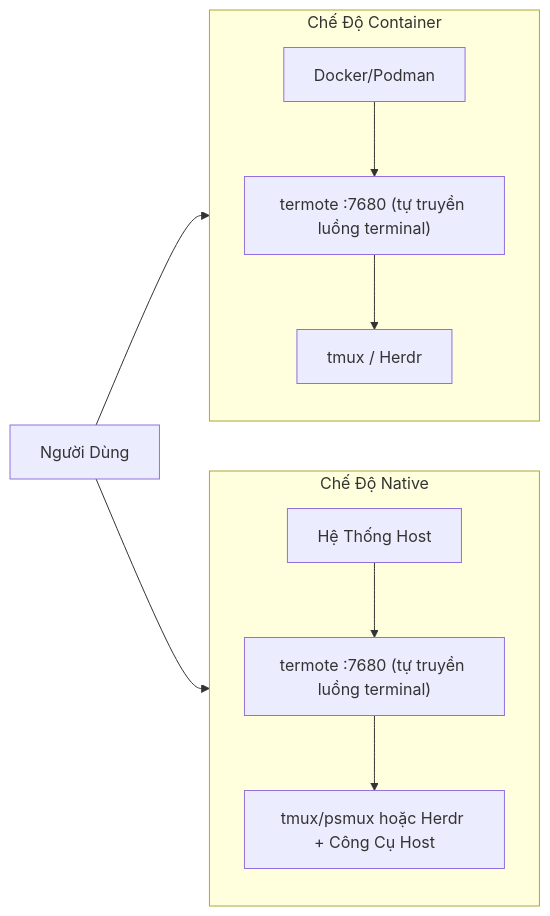
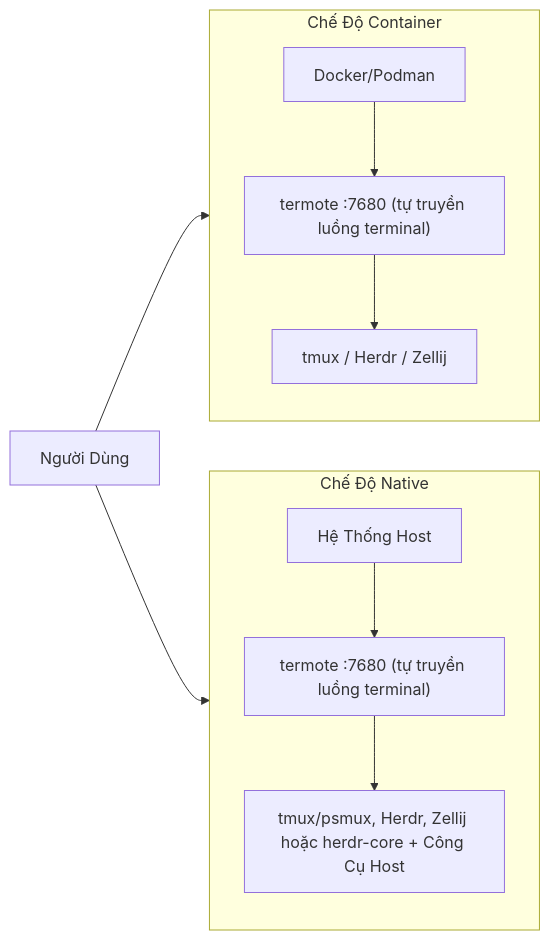
Before and after one commit to lamngockhuong/termote: the second of 2 diagrams in README.vi.md, drawn with Mermaid. The commit also changed other lines of this file and 14 other files, not shown here.

````diff
--- a/README.vi.md
+++ b/README.vi.md
@@ -252,14 +258,14 @@
 ```mermaid
 flowchart LR
     subgraph Container["Chế Độ Container"]
         direction TB
-        C1["Docker/Podman"] --> C2["termote :7680 (tự truyền luồng terminal)"] --> C3["tmux / Herdr"]
+        C1["Docker/Podman"] --> C2["termote :7680 (tự truyền luồng terminal)"] --> C3["tmux / Herdr / Zellij"]
     end
 
     subgraph Native["Chế Độ Native"]
         direction TB
-        N1["Hệ Thống Host"] --> N2["termote :7680 (tự truyền luồng terminal)"] --> N3["tmux/psmux hoặc Herdr + Công Cụ Host"]
+        N1["Hệ Thống Host"] --> N2["termote :7680 (tự truyền luồng terminal)"] --> N3["tmux/psmux, Herdr, Zellij hoặc herdr-core + Công Cụ Host"]
     end
 
     User["Người Dùng"] --> Container & Native
 ```
````
